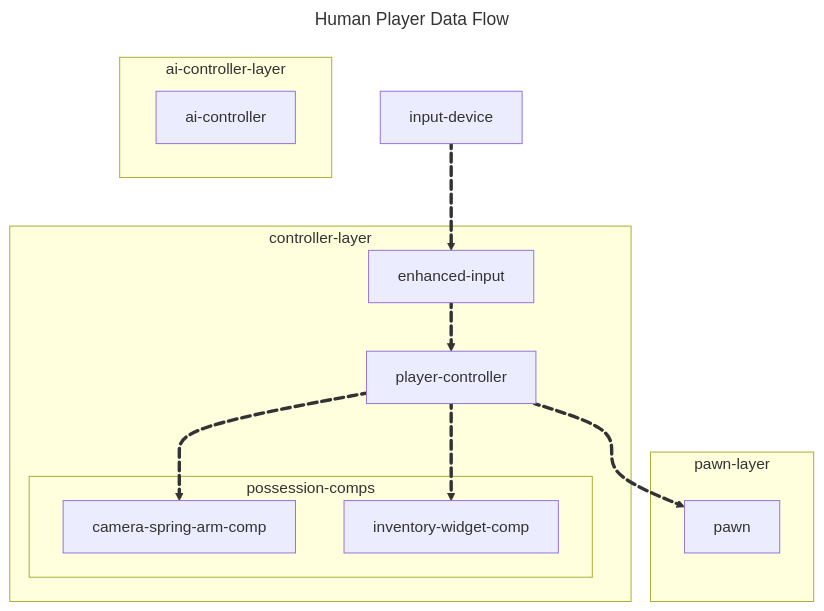
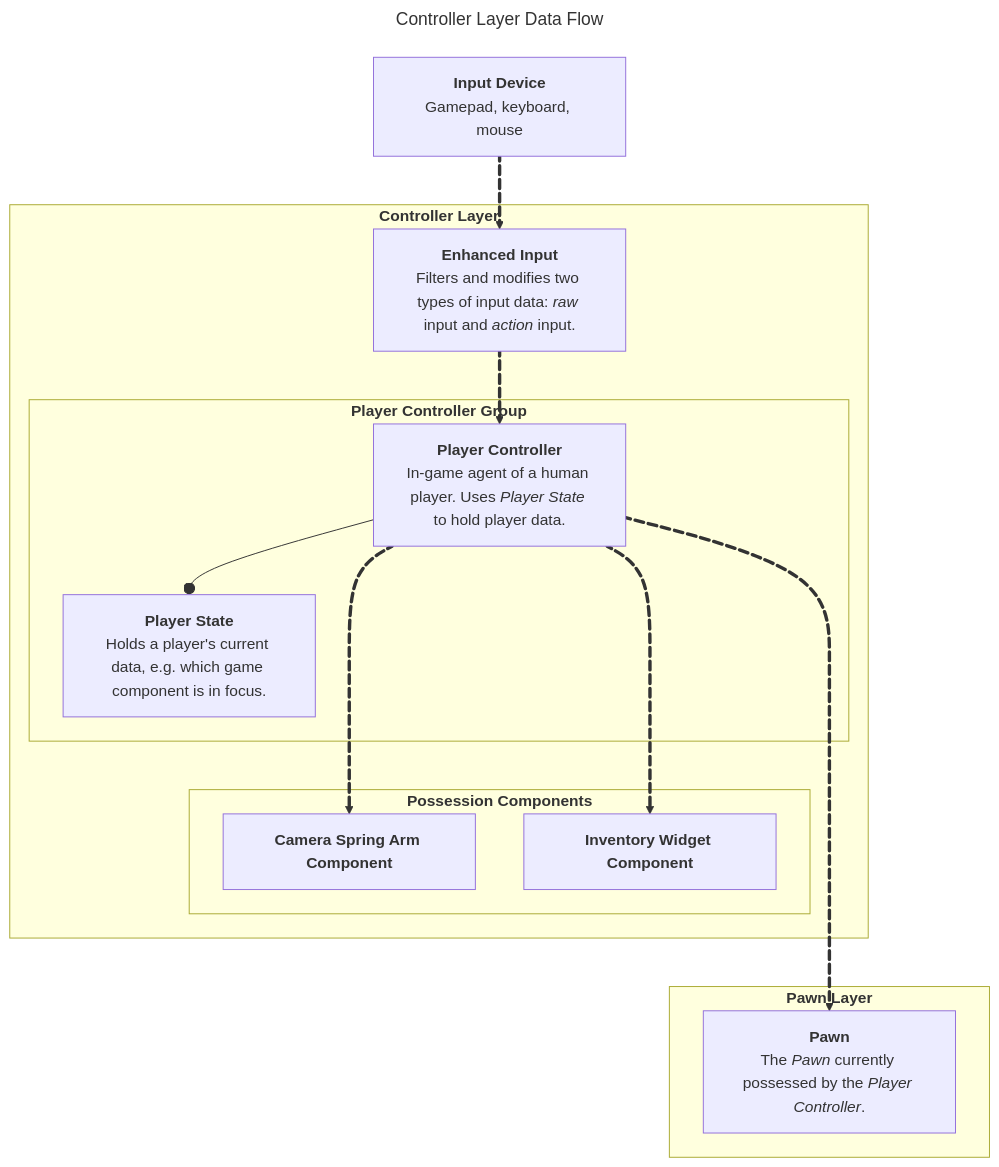
The third of 3 diagrams in _posts/1970-01-01-mugen-devlog-1.md (mugenmelon/mugenmelon.github.io), drawn with Mermaid before and after one commit. The commit also changed other lines of this file, not shown here.

Commit message:
Controller Layer Diagram

```diff
--- a/_posts/1970-01-01-mugen-devlog-1.md
+++ b/_posts/1970-01-01-mugen-devlog-1.md
@@ -366,36 +362,52 @@
 <pre class="mermaid">
 ---
-title: Human Player Data Flow
+title: Controller Layer Data Flow
 ---
 flowchart
-    input-device
+    input-device["`
+        **Input Device**
+        Gamepad, keyboard, mouse
+    `"]
 
-    subgraph controller-layer
-        enhanced-input
-        player-controller
+    subgraph controller-layer["`**Controller Layer**`"]
+        enhanced-input["`
+            **Enhanced Input**
+            Filters and modifies two types of input data: *raw* input and *action* input.
+        `"]
+        subgraph player-controller-group["`**Player Controller Group**`"]
+            player-state["`
+                **Player State**
+                Holds a player's current data, e.g. which game component is in focus.
+            `"]
+            player-controller["`
+                **Player Controller**
+                In-game agent of a human player. Uses *Player State* to hold player data. 
+            `"]
+            player-controller --o player-state
+        end
 
-        subgraph possession-comps
-            camera-spring-arm-comp
-            inventory-widget-comp
+        subgraph possession-comps["`**Possession Components**`"]
+            camera-spring-arm-comp["`**Camera Spring Arm Component**`"]
+            inventory-widget-comp["`**Inventory Widget Component**`"]
         end
     end
 
-    subgraph ai-controller-layer
-        ai-controller
+    subgraph pawn-layer["`**Pawn Layer**`"]
+        pawn["`
+            **Pawn**
+            The *Pawn* currently possessed by the *Player Controller*.
+        `"]
     end
 
-    subgraph pawn-layer
-        pawn
-    end
-
-    input-device e1@==> enhanced-input e2@==> player-controller
-    player-controller e3@==> camera-spring-arm-comp
-    player-controller e4@==> inventory-widget-comp
-    player-controller e5@==> pawn
+    input-device e1@==> enhanced-input
+    enhanced-input e2@==> player-controller
+    player-controller e3@===> camera-spring-arm-comp
+    player-controller e4@===> inventory-widget-comp
+    player-controller e5@====> pawn
 
     e1@{ animate: true }
     e2@{ animate: true }
     e3@{ animate: true }
     e4@{ animate: true }
     e5@{ animate: true }
 </pre>
```
